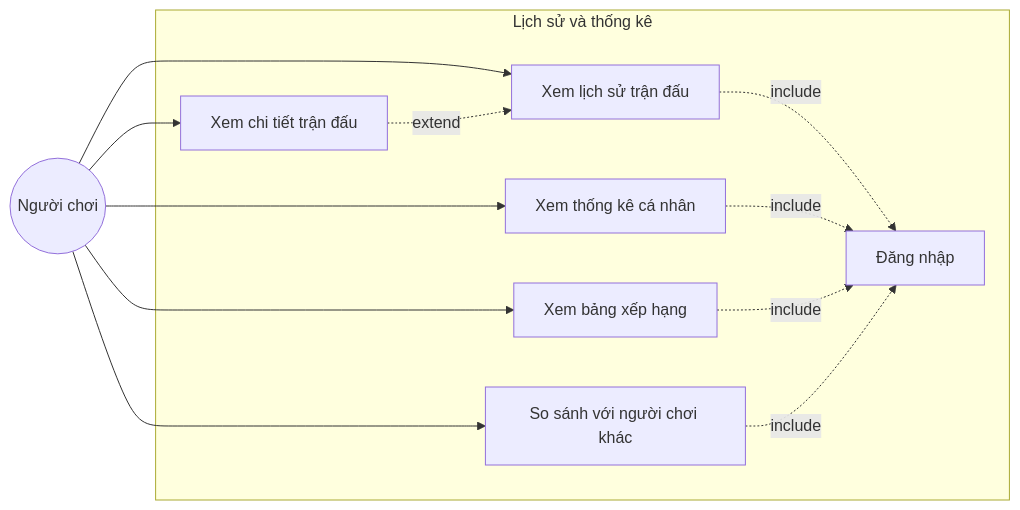
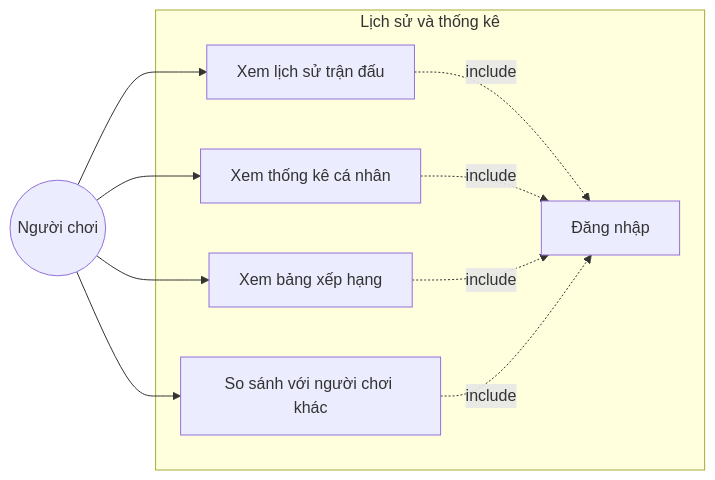
The seventh of 30 diagrams in docs/3.2-PHAN-TICH-THIET-KE-HE-THONG.md (HuyHoang091/creature-chess), drawn with Mermaid before and after one commit. The commit also changed other lines of this file and 1 other file, not shown here.

````diff
--- a/docs/3.2-PHAN-TICH-THIET-KE-HE-THONG.md
+++ b/docs/3.2-PHAN-TICH-THIET-KE-HE-THONG.md
@@ -345,25 +343,22 @@
 ```mermaid
 graph LR
     Player((Người chơi))
 
     subgraph "Lịch sử và thống kê"
         UC1[Xem lịch sử trận đấu]
         UC2[Xem thống kê cá nhân]
         UC3[Xem bảng xếp hạng]
-        UC4[Xem chi tiết trận đấu]
-        UC5[So sánh với người chơi khác]
-        UC6[Đăng nhập]
+        UC4[So sánh với người chơi khác]
+        UC5[Đăng nhập]
     end
 
     Player --> UC1
     Player --> UC2
     Player --> UC3
     Player --> UC4
-    Player --> UC5
 
-    UC1 -.include.-> UC6
-    UC2 -.include.-> UC6
-    UC3 -.include.-> UC6
-    UC4 -.extend.-> UC1
-    UC5 -.include.-> UC6
+    UC1 -.include.-> UC5
+    UC2 -.include.-> UC5
+    UC3 -.include.-> UC5
+    UC4 -.include.-> UC5
 ```
````
